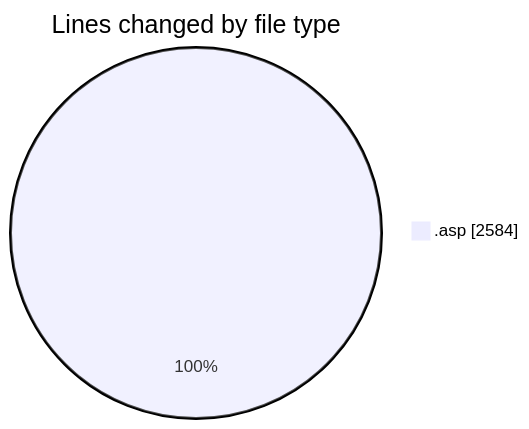
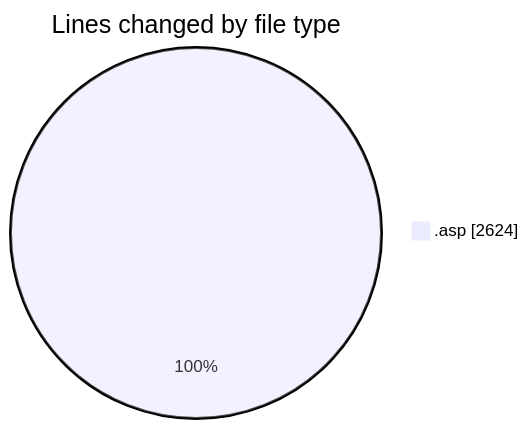
One commit to julien-gomy/code-tracking changed the first of 2 diagrams in 2025-10-31/cdp_aleoudev_fr__workspace_/README.md. Above: the diagram before and after it, drawn with Mermaid. The commit also changed other lines of this file and 1 other file, not shown here.

````diff
--- a/2025-10-31/cdp_aleoudev_fr__workspace_/README.md
+++ b/2025-10-31/cdp_aleoudev_fr__workspace_/README.md
@@ -21,5 +21,5 @@
 ```mermaid
 pie showData
 title Lines changed by file type
-".asp" : 2584
+".asp" : 2624
 ```
````
